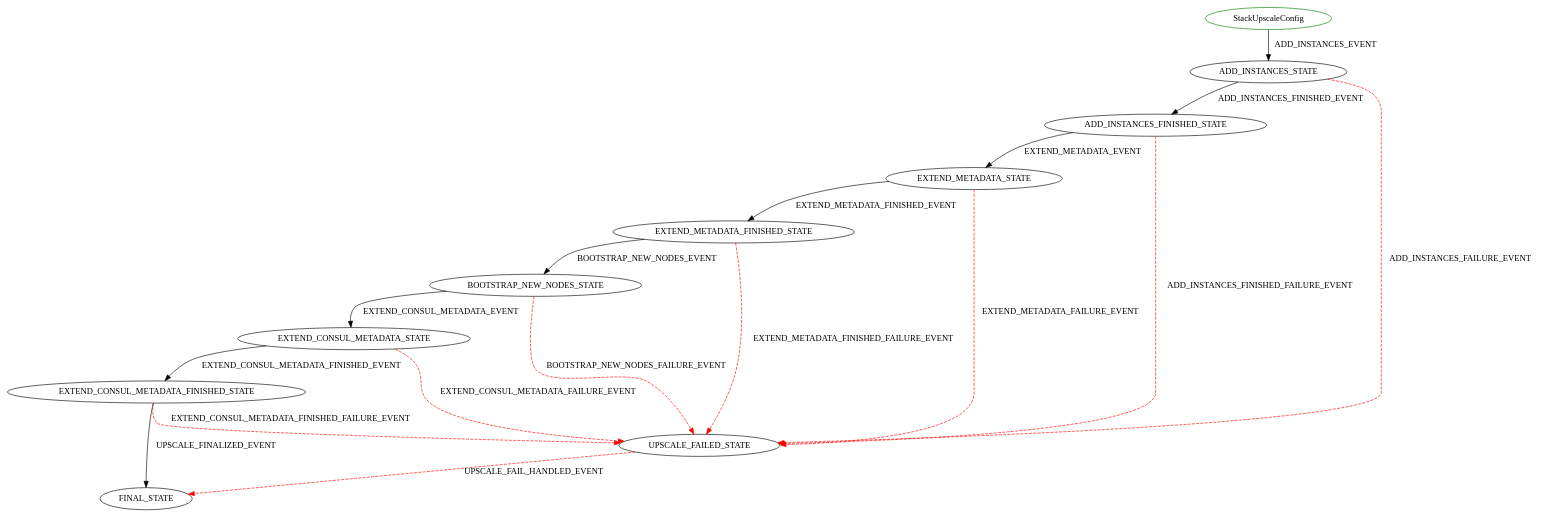
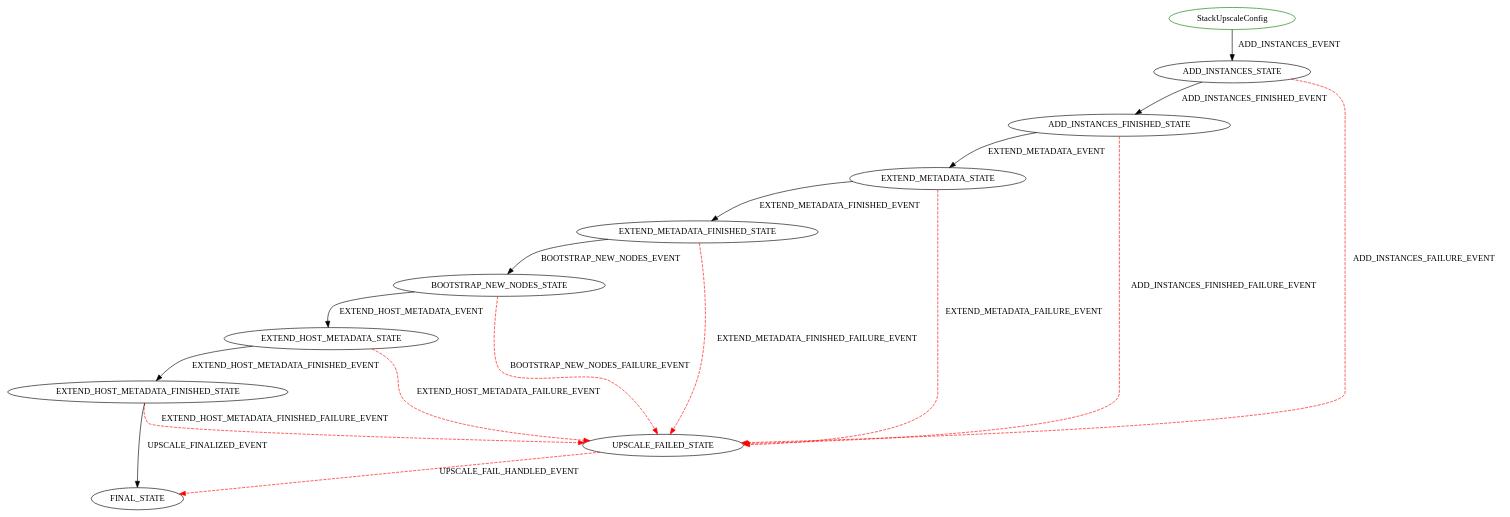
Before and after one commit to wprender/cloudbreak-docs: the diagram in docs/diagrams/StackUpscaleConfig.dot, drawn with Graphviz. The commit also changed 6 other files, not shown here.

Commit message:
CLOUD-58687 Move cluster update password flow to new flow engine

```diff
--- a/docs/diagrams/StackUpscaleConfig.dot
+++ b/docs/diagrams/StackUpscaleConfig.dot
@@ -1,19 +1,19 @@
 digraph {
 INIT_STATE [label="StackUpscaleConfig" shape=ellipse color=green];
 INIT_STATE -> ADD_INSTANCES_STATE [label="ADD_INSTANCES_EVENT" color=black style=solid];
 ADD_INSTANCES_STATE -> ADD_INSTANCES_FINISHED_STATE [label="ADD_INSTANCES_FINISHED_EVENT" color=black style=solid];
 ADD_INSTANCES_STATE -> UPSCALE_FAILED_STATE [label="ADD_INSTANCES_FAILURE_EVENT" color=red style=dashed];
 UPSCALE_FAILED_STATE -> FINAL_STATE [label="UPSCALE_FAIL_HANDLED_EVENT" color=red style=dashed];
 ADD_INSTANCES_FINISHED_STATE -> EXTEND_METADATA_STATE [label="EXTEND_METADATA_EVENT" color=black style=solid];
 ADD_INSTANCES_FINISHED_STATE -> UPSCALE_FAILED_STATE [label="ADD_INSTANCES_FINISHED_FAILURE_EVENT" color=red style=dashed];
 EXTEND_METADATA_STATE -> EXTEND_METADATA_FINISHED_STATE [label="EXTEND_METADATA_FINISHED_EVENT" color=black style=solid];
 EXTEND_METADATA_STATE -> UPSCALE_FAILED_STATE [label="EXTEND_METADATA_FAILURE_EVENT" color=red style=dashed];
 EXTEND_METADATA_FINISHED_STATE -> BOOTSTRAP_NEW_NODES_STATE [label="BOOTSTRAP_NEW_NODES_EVENT" color=black style=solid];
 EXTEND_METADATA_FINISHED_STATE -> UPSCALE_FAILED_STATE [label="EXTEND_METADATA_FINISHED_FAILURE_EVENT" color=red style=dashed];
-BOOTSTRAP_NEW_NODES_STATE -> EXTEND_CONSUL_METADATA_STATE [label="EXTEND_CONSUL_METADATA_EVENT" color=black style=solid];
+BOOTSTRAP_NEW_NODES_STATE -> EXTEND_HOST_METADATA_STATE [label="EXTEND_HOST_METADATA_EVENT" color=black style=solid];
 BOOTSTRAP_NEW_NODES_STATE -> UPSCALE_FAILED_STATE [label="BOOTSTRAP_NEW_NODES_FAILURE_EVENT" color=red style=dashed];
-EXTEND_CONSUL_METADATA_STATE -> EXTEND_CONSUL_METADATA_FINISHED_STATE [label="EXTEND_CONSUL_METADATA_FINISHED_EVENT" color=black style=solid];
-EXTEND_CONSUL_METADATA_STATE -> UPSCALE_FAILED_STATE [label="EXTEND_CONSUL_METADATA_FAILURE_EVENT" color=red style=dashed];
-EXTEND_CONSUL_METADATA_FINISHED_STATE -> FINAL_STATE [label="UPSCALE_FINALIZED_EVENT" color=black style=solid];
-EXTEND_CONSUL_METADATA_FINISHED_STATE -> UPSCALE_FAILED_STATE [label="EXTEND_CONSUL_METADATA_FINISHED_FAILURE_EVENT" color=red style=dashed];
+EXTEND_HOST_METADATA_STATE -> EXTEND_HOST_METADATA_FINISHED_STATE [label="EXTEND_HOST_METADATA_FINISHED_EVENT" color=black style=solid];
+EXTEND_HOST_METADATA_STATE -> UPSCALE_FAILED_STATE [label="EXTEND_HOST_METADATA_FAILURE_EVENT" color=red style=dashed];
+EXTEND_HOST_METADATA_FINISHED_STATE -> FINAL_STATE [label="UPSCALE_FINALIZED_EVENT" color=black style=solid];
+EXTEND_HOST_METADATA_FINISHED_STATE -> UPSCALE_FAILED_STATE [label="EXTEND_HOST_METADATA_FINISHED_FAILURE_EVENT" color=red style=dashed];
 }
```
